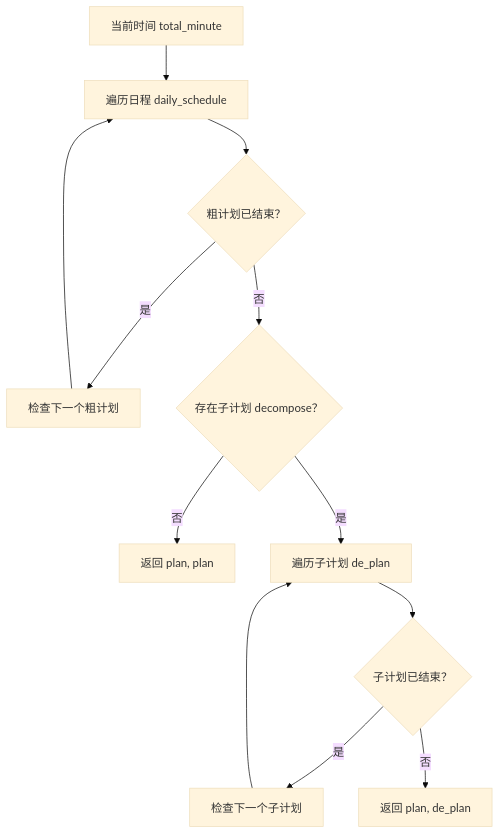
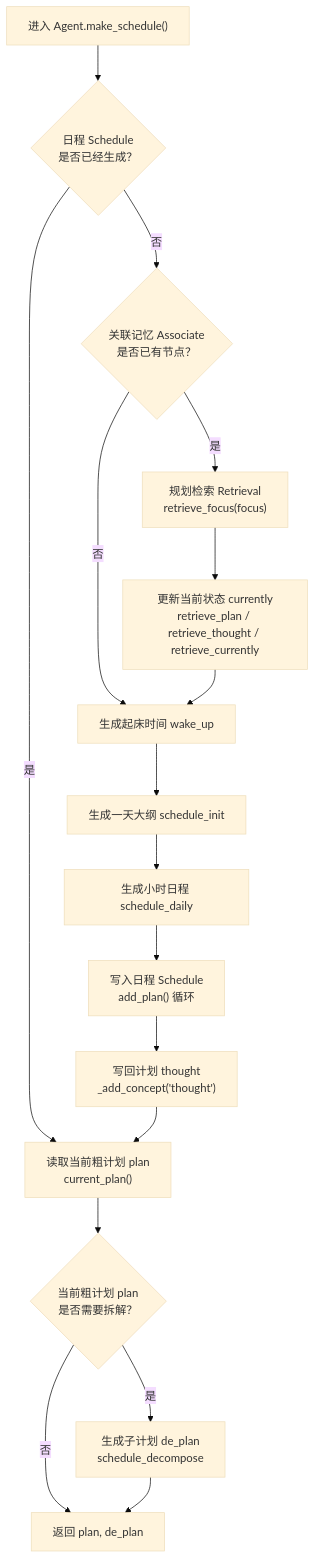
Before and after one commit to tbkken/GenerativeAgentsCN: the second of 4 diagrams in docs/book/manuscript/part_01/chapter_08.md, drawn with Mermaid (base theme). The commit also changed other lines of this file and 78 other files, not shown here.

````diff
--- a/docs/book/manuscript/part_01/chapter_08.md
+++ b/docs/book/manuscript/part_01/chapter_08.md
@@ -797,14 +167,19 @@
 ```mermaid
 flowchart TD
-    Time["当前时间 total_minute"] --> Loop["遍历日程 daily_schedule"]
-    Loop --> Ended{"粗计划已结束？"}
-    Ended -->|是| Next["检查下一个粗计划"]
-    Ended -->|否| HasSub{"存在子计划 decompose？"}
-    HasSub -->|否| Pair1["返回 plan, plan"]
-    HasSub -->|是| CheckSub["遍历子计划 de_plan"]
-    CheckSub --> SubEnded{"子计划已结束？"}
-    SubEnded -->|是| NextSub["检查下一个子计划"]
-    SubEnded -->|否| Pair2["返回 plan, de_plan"]
-    Next --> Loop
-    NextSub --> CheckSub
+    Start["进入 Agent.make_schedule()"] --> HasSchedule{"日程 Schedule<br/>是否已经生成？"}
+    HasSchedule -->|否| HasMemory{"关联记忆 Associate<br/>是否已有节点？"}
+    HasMemory -->|是| Retrieve["规划检索 Retrieval<br/>retrieve_focus(focus)"]
+    Retrieve --> UpdateCurrently["更新当前状态 currently<br/>retrieve_plan / retrieve_thought / retrieve_currently"]
+    HasMemory -->|否| Wake["生成起床时间 wake_up"]
+    UpdateCurrently --> Wake
+    Wake --> Init["生成一天大纲 schedule_init"]
+    Init --> Daily["生成小时日程 schedule_daily"]
+    Daily --> AddPlan["写入日程 Schedule<br/>add_plan() 循环"]
+    AddPlan --> AddThought["写回计划 thought<br/>_add_concept('thought')"]
+    HasSchedule -->|是| CurrentPlan["读取当前粗计划 plan<br/>current_plan()"]
+    AddThought --> CurrentPlan
+    CurrentPlan --> NeedDecompose{"当前粗计划 plan<br/>是否需要拆解？"}
+    NeedDecompose -->|是| Decompose["生成子计划 de_plan<br/>schedule_decompose"]
+    NeedDecompose -->|否| Return["返回 plan, de_plan"]
+    Decompose --> Return
 ```
````
